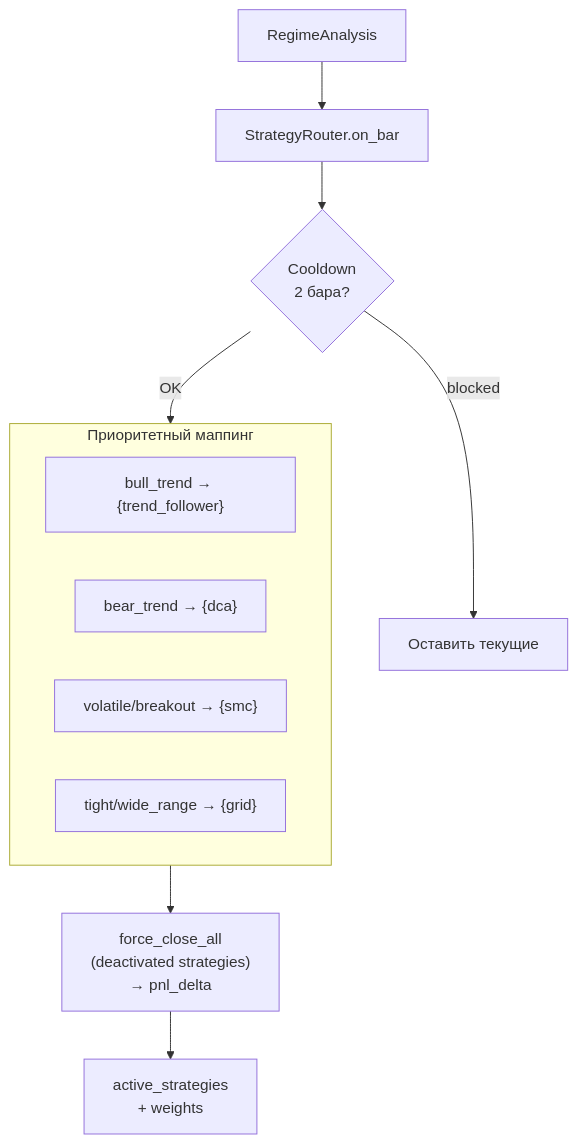
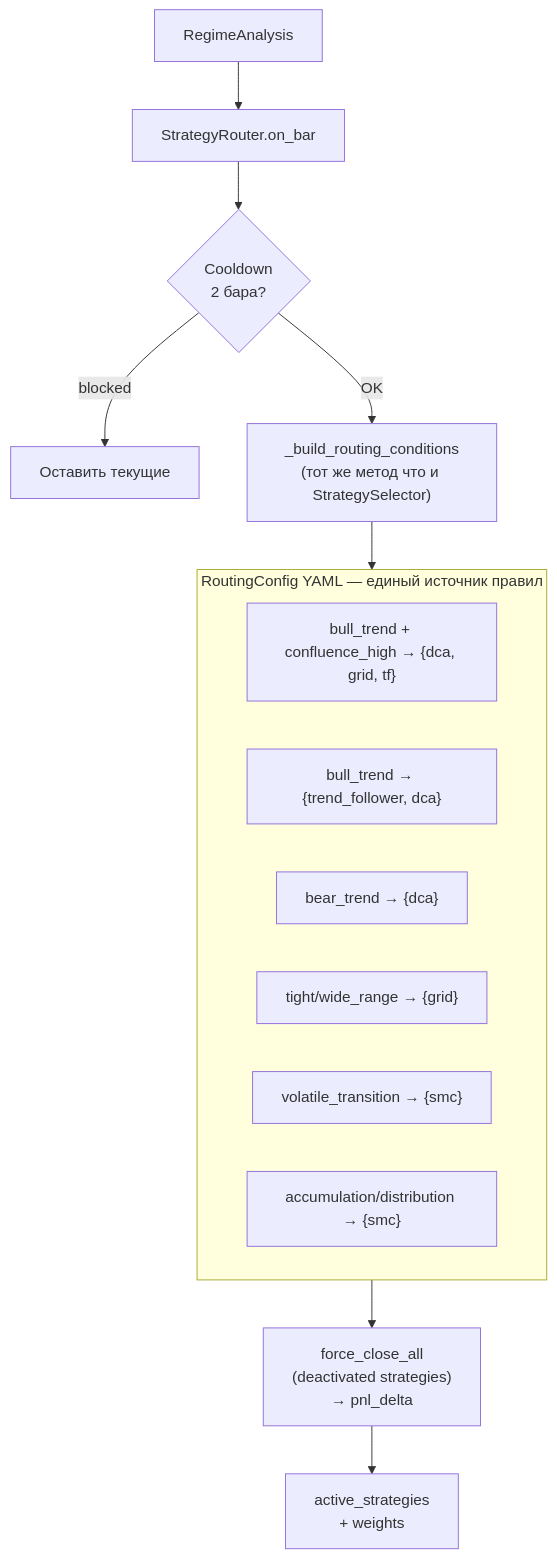
Before and after one commit to konard/alekseymavai-TRADERAGENT: the sixth of 14 diagrams in docs/architecture_v2.md, drawn with Mermaid. The commit also changed other lines of this file and 4 other files, not shown here.

````diff
--- a/docs/architecture_v2.md
+++ b/docs/architecture_v2.md
@@ -246,18 +246,22 @@
 ```mermaid
 flowchart TD
     REGIME_BT[RegimeAnalysis] --> ROUTER[StrategyRouter.on_bar]
 
     ROUTER --> CD_BT{Cooldown\n2 бара?}
     CD_BT --> |blocked| KEEP_BT[Оставить текущие]
-    CD_BT --> |OK| PRIO
+    CD_BT --> |OK| COND
 
-    subgraph PRIO [Приоритетный маппинг]
-        P1["bull_trend → {trend_follower}"]
-        P2["bear_trend → {dca}"]
-        P3["volatile/breakout → {smc}"]
-        P4["tight/wide_range → {grid}"]
+    COND["_build_routing_conditions\n(тот же метод что и StrategySelector)"] --> RC
+
+    subgraph RC [RoutingConfig YAML — единый источник правил]
+        R1["bull_trend + confluence_high → {dca, grid, tf}"]
+        R2["bull_trend → {trend_follower, dca}"]
+        R3["bear_trend → {dca}"]
+        R4["tight/wide_range → {grid}"]
+        R5["volatile_transition → {smc}"]
+        R6["accumulation/distribution → {smc}"]
     end
 
-    PRIO --> FORCE_CLOSE["force_close_all\n(deactivated strategies)\n→ pnl_delta"]
+    RC --> FORCE_CLOSE["force_close_all\n(deactivated strategies)\n→ pnl_delta"]
     FORCE_CLOSE --> ACTIVE[active_strategies\n+ weights]
 ```
````
